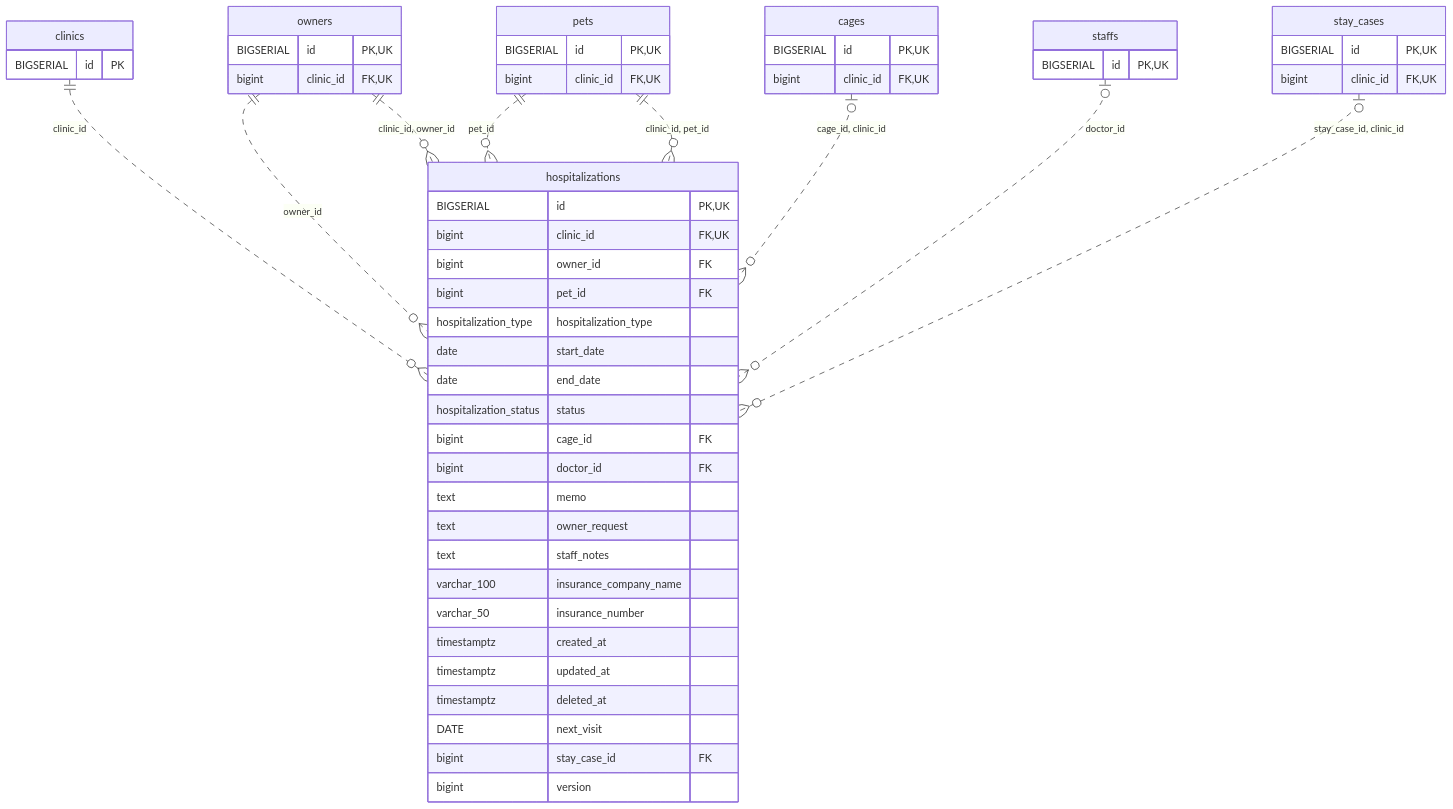
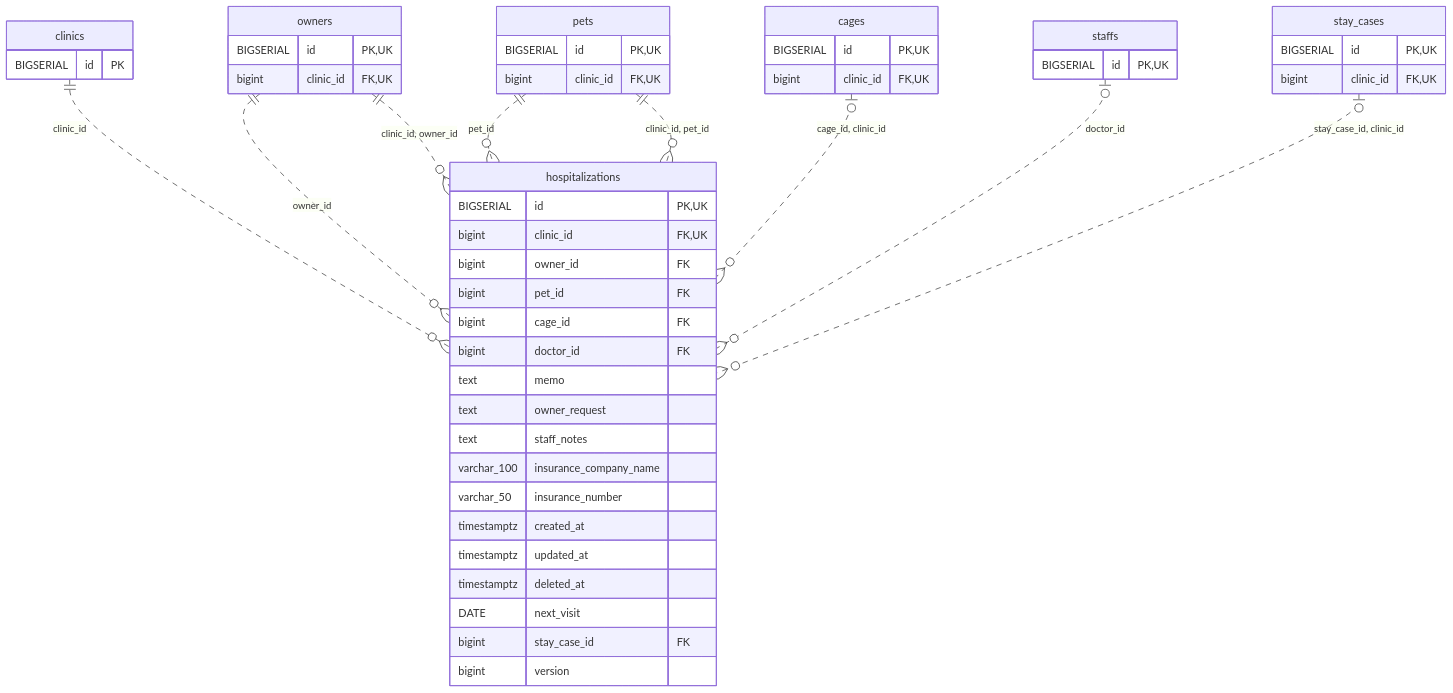
Before and after one commit to MinoruSoga/AnimalEkarte: the diagram in docs/architecture/erd-detail/hospitalizations.md, drawn with Mermaid. The commit also changed other lines of this file and 147 other files, not shown here.

````diff
--- a/docs/architecture/erd-detail/hospitalizations.md
+++ b/docs/architecture/erd-detail/hospitalizations.md
@@ -44,56 +40,52 @@
 ```mermaid
 erDiagram
     hospitalizations {
         BIGSERIAL id PK,UK
         bigint clinic_id FK,UK
         bigint owner_id FK
         bigint pet_id FK
-        hospitalization_type hospitalization_type
-        date start_date
-        date end_date
-        hospitalization_status status
         bigint cage_id FK
         bigint doctor_id FK
         text memo
         text owner_request
         text staff_notes
         varchar_100 insurance_company_name
         varchar_50 insurance_number
         timestamptz created_at
         timestamptz updated_at
         timestamptz deleted_at
         DATE next_visit
         bigint stay_case_id FK
         bigint version
     }
     cages {
         BIGSERIAL id PK,UK
         bigint clinic_id FK,UK
     }
     clinics {
         BIGSERIAL id PK
     }
     owners {
         BIGSERIAL id PK,UK
         bigint clinic_id FK,UK
     }
     pets {
         BIGSERIAL id PK,UK
         bigint clinic_id FK,UK
     }
     staffs {
         BIGSERIAL id PK,UK
     }
     stay_cases {
         BIGSERIAL id PK,UK
         bigint clinic_id FK,UK
     }
     clinics ||..o{ hospitalizations : "clinic_id"
     owners ||..o{ hospitalizations : "owner_id"
     pets ||..o{ hospitalizations : "pet_id"
     owners ||..o{ hospitalizations : "clinic_id, owner_id"
     pets ||..o{ hospitalizations : "clinic_id, pet_id"
     cages o|..o{ hospitalizations : "cage_id, clinic_id"
     staffs o|..o{ hospitalizations : "doctor_id"
     stay_cases o|..o{ hospitalizations : "stay_case_id, clinic_id"
 ```
````
